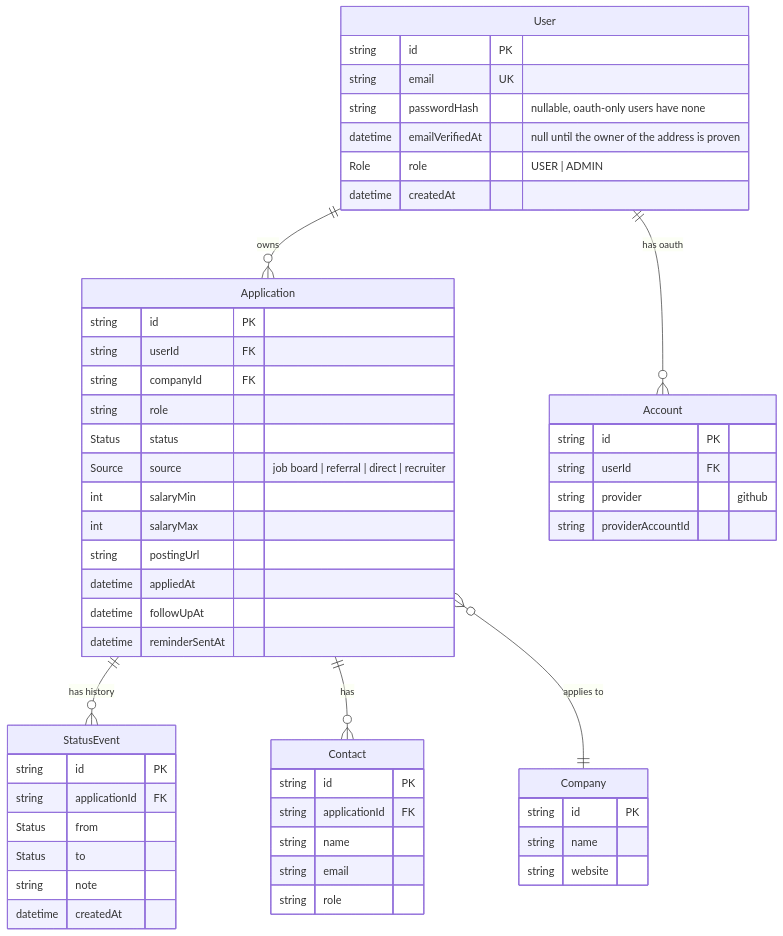
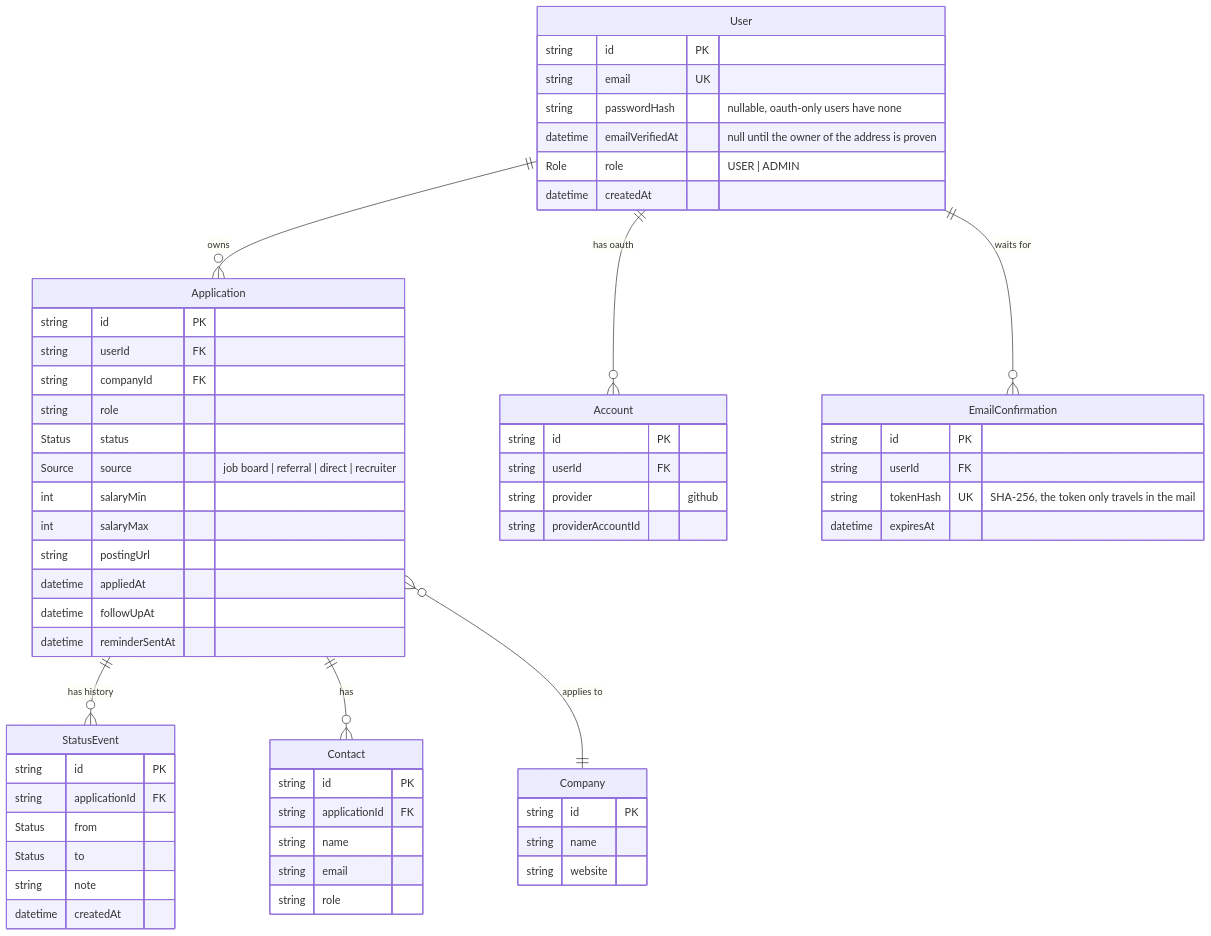
One commit to aahmoh04/job-application-tracker-AM changed the second of 2 diagrams in README.md. Above: the diagram before and after it, drawn with Mermaid. The commit also changed other lines of this file and 23 other files, not shown here.

````diff
--- a/README.md
+++ b/README.md
@@ -182,57 +184,64 @@
 ```mermaid
 erDiagram
     User ||--o{ Application : owns
     User ||--o{ Account : "has oauth"
+    User ||--o{ EmailConfirmation : "waits for"
     Application ||--o{ StatusEvent : "has history"
     Application ||--o{ Contact : "has"
     Application }o--|| Company : "applies to"
 
     User {
         string id PK
         string email UK
         string passwordHash "nullable, oauth-only users have none"
         datetime emailVerifiedAt "null until the owner of the address is proven"
         Role role "USER | ADMIN"
         datetime createdAt
     }
     Account {
         string id PK
         string userId FK
         string provider "github"
         string providerAccountId
+    }
+    EmailConfirmation {
+        string id PK
+        string userId FK
+        string tokenHash UK "SHA-256, the token only travels in the mail"
+        datetime expiresAt
     }
     Company {
         string id PK
         string name
         string website
     }
     Application {
         string id PK
         string userId FK
         string companyId FK
         string role
         Status status
         Source source "job board | referral | direct | recruiter"
         int salaryMin
         int salaryMax
         string postingUrl
         datetime appliedAt
         datetime followUpAt
         datetime reminderSentAt
     }
     StatusEvent {
         string id PK
         string applicationId FK
         Status from
         Status to
         string note
         datetime createdAt
     }
     Contact {
         string id PK
         string applicationId FK
         string name
         string email
         string role
     }
 ```
````
